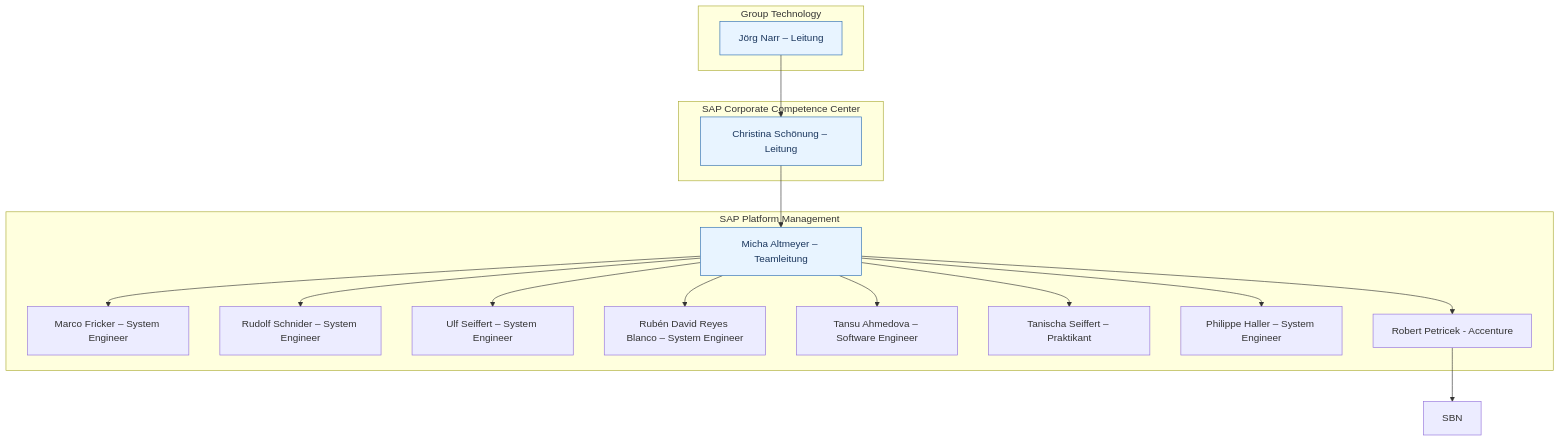
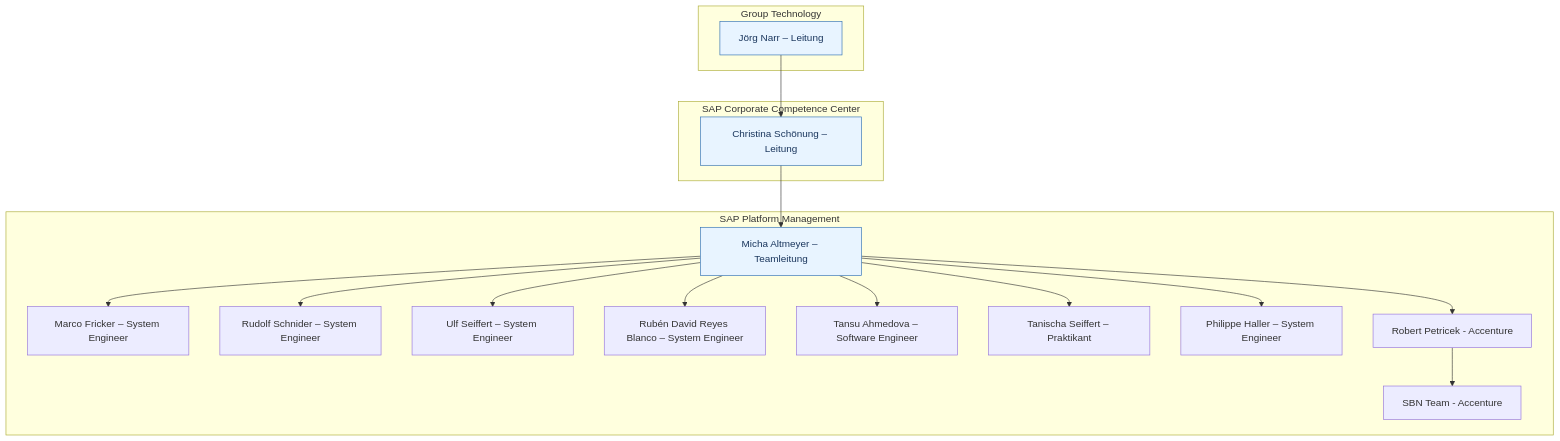
The diagram in prompts/wissenbasis/antworten/2.1.6.md (mikealkmeier/prompt-bibliothek), drawn with Mermaid before and after one commit.

````diff
--- a/prompts/wissenbasis/antworten/2.1.6.md
+++ b/prompts/wissenbasis/antworten/2.1.6.md
@@ -5,40 +5,41 @@
 ```mermaid
 flowchart TB
   %% Ebenen als Subgraphs
   subgraph GT[Group Technology]
     JN[Jörg Narr – Leitung]
   end
 
   subgraph CCC[SAP Corporate Competence Center]
     CS[Christina Schönung – Leitung]
   end
 
   subgraph PLM[SAP Platform Management]
     MA[Micha Altmeyer – Teamleitung]
     MF[Marco Fricker – System Engineer]
     RS[Rudolf Schnider – System Engineer]
     US[Ulf Seiffert – System Engineer]
     RR[Rubén David Reyes Blanco – System Engineer]
     TA[Tansu Ahmedova – Software Engineer]
     TS[Tanischa Seiffert – Praktikant]
     PH[Philippe Haller – System Engineer]
     RP[Robert Petricek - Accenture]
+    SBN[SBN Team - Accenture]
   end
 
   %% Berichtslinien
   JN --> CS
   CS --> MA
   MA --> MF
   MA --> RS
   MA --> US
   MA --> RR
   MA --> TA
   MA --> TS
   MA --> PH
   MA --> RP
   RP --> SBN
 
   %% Optionales Styling
   classDef lead fill:#e8f4ff,stroke:#2b6cb0,color:#1a365d;
   class JN,CS,MA lead;
 ```
````
